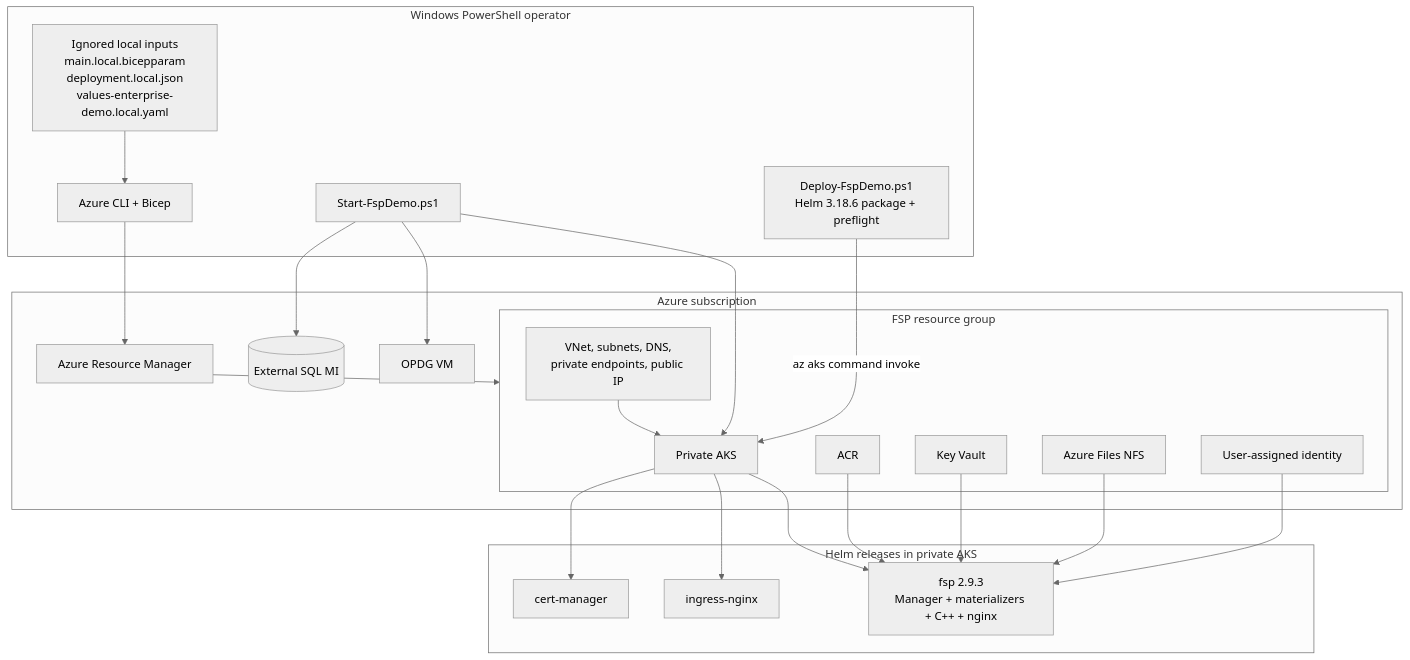
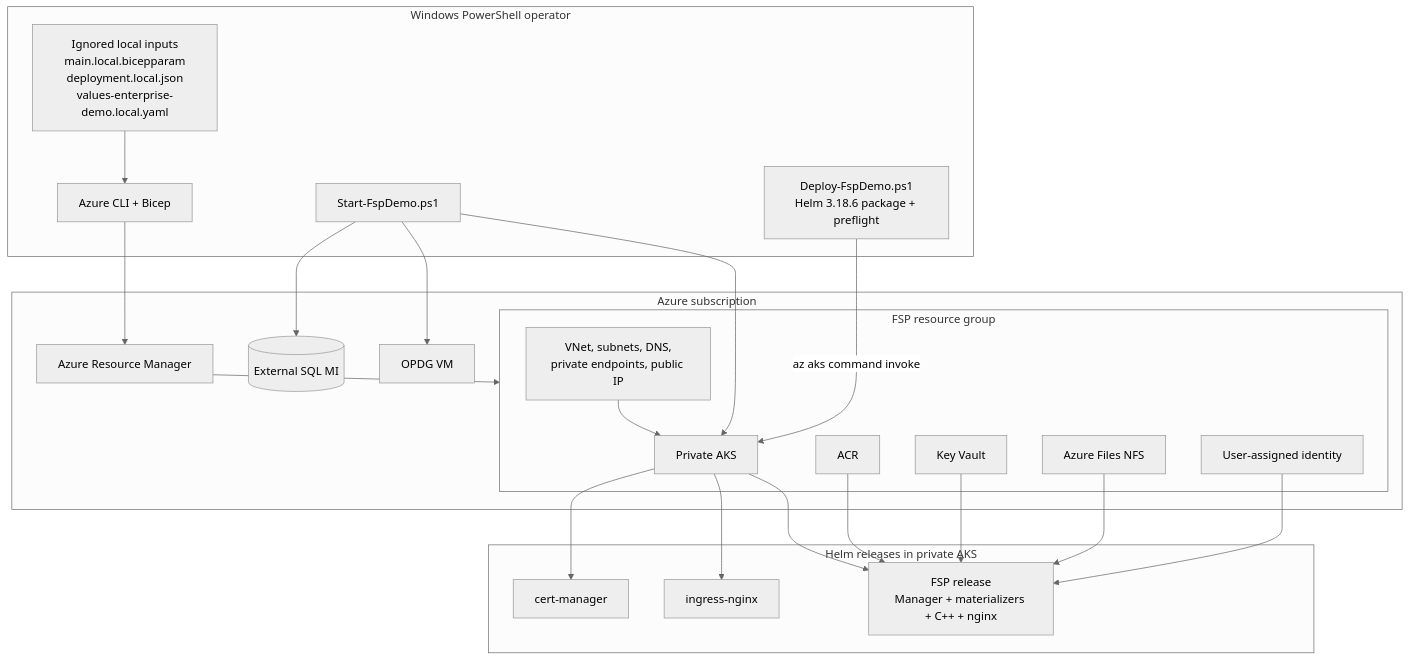
Diagram 12 of 14 in docs/TechnicalArchitecture.md (Andreas-bersgtedt/Fabric-Shortcut-Proxy), drawn with Mermaid (neutral theme) before and after one commit. The commit also changed 40 other files, not shown here.

````diff
--- a/docs/TechnicalArchitecture.md
+++ b/docs/TechnicalArchitecture.md
@@ -512,39 +512,39 @@
 ```mermaid
 flowchart TB
   subgraph Workstation[Windows PowerShell operator]
     PARAMS[Ignored local inputs<br/>main.local.bicepparam<br/>deployment.local.json<br/>values-enterprise-demo.local.yaml]
     AZ[Azure CLI + Bicep]
     START[Start-FspDemo.ps1]
     DEPLOY[Deploy-FspDemo.ps1<br/>Helm 3.18.6 package + preflight]
   end
 
   subgraph Azure[Azure subscription]
     ARM[Azure Resource Manager]
     SQLMI[(External SQL MI)]
     OPDG[OPDG VM]
     subgraph Platform[FSP resource group]
       AKS[Private AKS]
       ACR[ACR]
       KV[Key Vault]
       FILES[Azure Files NFS]
       NET[VNet, subnets, DNS,<br/>private endpoints, public IP]
       WI[User-assigned identity]
     end
   end
 
   subgraph Releases[Helm releases in private AKS]
     CM[cert-manager]
     INGRESS[ingress-nginx]
-    FSP[fsp 2.9.3<br/>Manager + materializers + C++ + nginx]
+    FSP[FSP release<br/>Manager + materializers + C++ + nginx]
   end
 
   PARAMS --> AZ --> ARM --> Platform
   START --> SQLMI & OPDG & AKS
   DEPLOY -->|az aks command invoke| AKS
   AKS --> CM & INGRESS & FSP
   ACR --> FSP
   KV --> FSP
   FILES --> FSP
   WI --> FSP
   NET --> AKS
 ```
````
